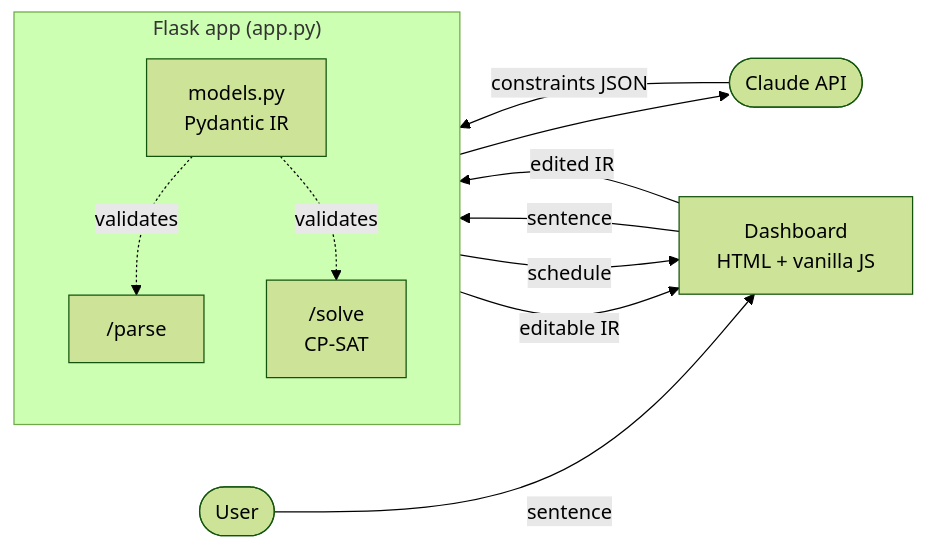
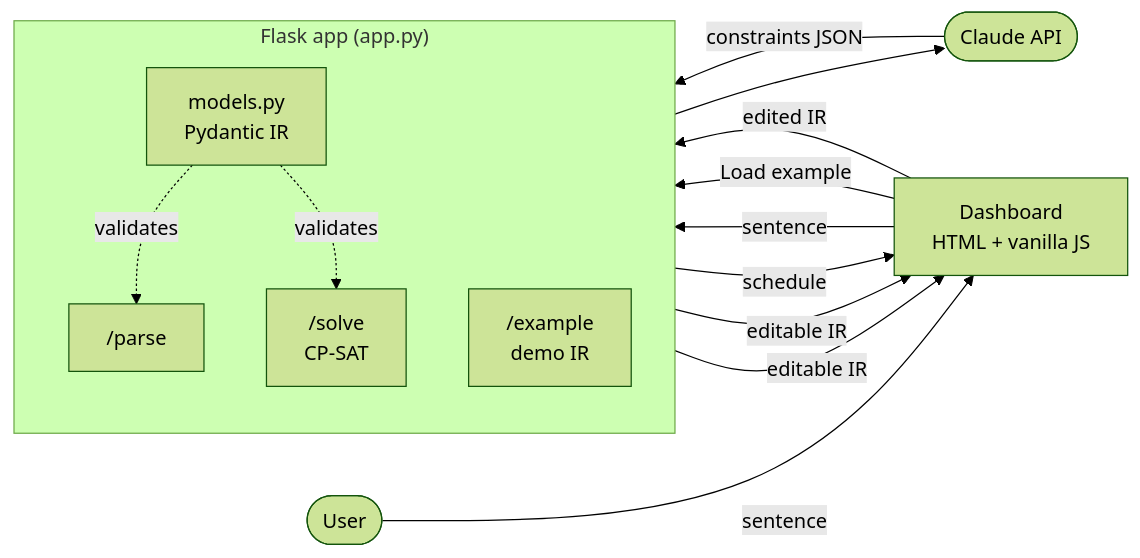
One commit to henryqpham/CP-SAT-PROJECT changed the diagram in README.md. Above: the diagram before and after it, drawn with Mermaid (forest theme). The commit also changed other lines of this file and 6 other files, not shown here.

Commit message:
Implement CP-SAT solver, add no-LLM demo path and architecture docs

````diff
--- a/README.md
+++ b/README.md
@@ -22,22 +25,25 @@
 ```mermaid
 flowchart LR
     U(["User"]) -->|sentence| FE["Dashboard<br/>HTML + vanilla JS"]
 
     subgraph FLASK["Flask app (app.py)"]
         direction TB
         PARSE["/parse"]
         SOLVE["/solve<br/>CP-SAT"]
+        EXAMPLE["/example<br/>demo IR"]
         MODELS["models.py<br/>Pydantic IR"]
     end
 
     CLAUDE(["Claude API"])
 
     FE -->|sentence| PARSE
     PARSE --> CLAUDE
     CLAUDE -->|constraints JSON| PARSE
     PARSE -->|editable IR| FE
+    FE -->|"Load example"| EXAMPLE
+    EXAMPLE -->|editable IR| FE
     FE -->|edited IR| SOLVE
     SOLVE -->|schedule| FE
     MODELS -.validates.-> PARSE
     MODELS -.validates.-> SOLVE
 ```
````
